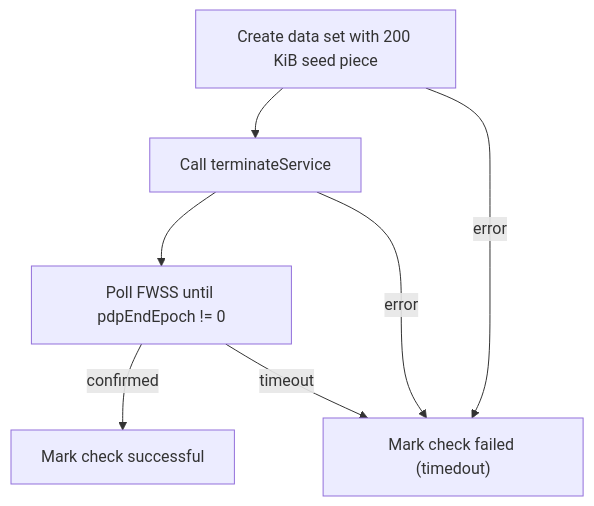
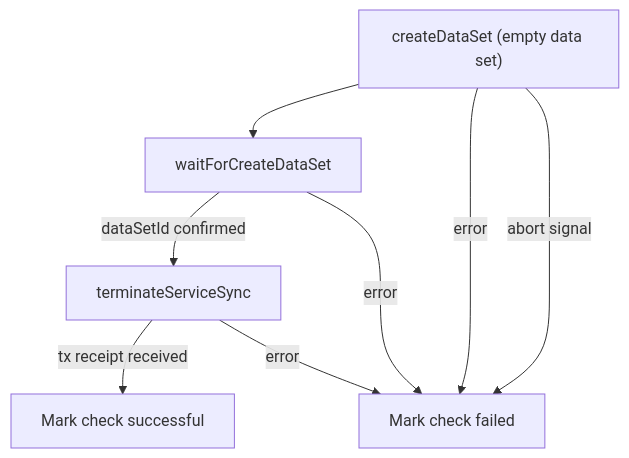
Before and after one commit to FilOzone/dealbot: the diagram in docs/checks/data-set-lifecycle-check.md, drawn with Mermaid. The commit also changed other lines of this file and 4 other files, not shown here.

````diff
--- a/docs/checks/data-set-lifecycle-check.md
+++ b/docs/checks/data-set-lifecycle-check.md
@@ -38,9 +38,10 @@
 ```mermaid
 flowchart TD
-  CreateDataSet["Create data set with 200 KiB seed piece"] --> Terminate["Call terminateService"]
-  Terminate --> Poll["Poll FWSS until pdpEndEpoch != 0"]
-  Poll -->|confirmed| Success["Mark check successful"]
-  Poll -->|timeout| Fail["Mark check failed (timedout)"]
-  Terminate -->|error| Fail
+  CreateDataSet["createDataSet (empty data set)"] --> Wait["waitForCreateDataSet"]
+  Wait -->|dataSetId confirmed| Terminate["terminateServiceSync"]
+  Terminate -->|tx receipt received| Success["Mark check successful"]
+  Terminate -->|error| Fail["Mark check failed"]
+  Wait -->|error| Fail
   CreateDataSet -->|error| Fail
+  CreateDataSet -->|abort signal| Fail
 ```
````
